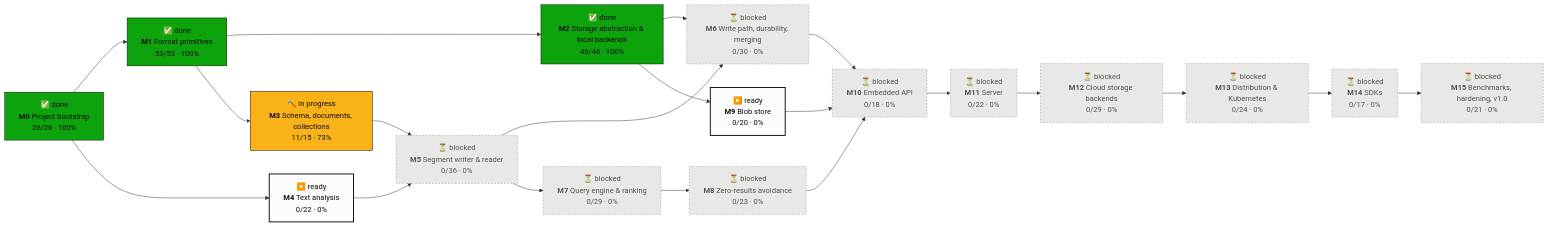
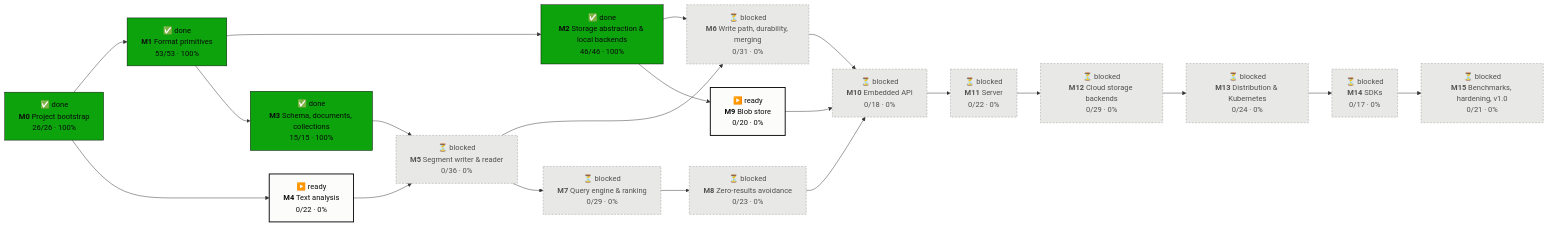
One commit to tomiok/persiaDB changed the first of 2 diagrams in PROGRESS.md. Above: the diagram before and after it, drawn with Mermaid. The commit also changed other lines of this file and 24 other files, not shown here.

First line of the commit message:
Manifest model: encoding, hash, commit diffs, golden fixtures and fuzzing (ROADMAP 3.3.1–3.3.4) (#14)

````diff
--- a/PROGRESS.md
+++ b/PROGRESS.md
@@ -14,42 +14,42 @@
 ```mermaid
 flowchart LR
   M0["✅ done<br/><b>M0</b> Project bootstrap<br/>26/26 · 100%"]:::done
   M1["✅ done<br/><b>M1</b> Format primitives<br/>53/53 · 100%"]:::done
   M2["✅ done<br/><b>M2</b> Storage abstraction & local backends<br/>46/46 · 100%"]:::done
-  M3["🔨 in progress<br/><b>M3</b> Schema, documents, collections<br/>11/15 · 73%"]:::doing
+  M3["✅ done<br/><b>M3</b> Schema, documents, collections<br/>15/15 · 100%"]:::done
   M4["▶️ ready<br/><b>M4</b> Text analysis<br/>0/22 · 0%"]:::ready
   M5["⏳ blocked<br/><b>M5</b> Segment writer & reader<br/>0/36 · 0%"]:::blocked
-  M6["⏳ blocked<br/><b>M6</b> Write path, durability, merging<br/>0/30 · 0%"]:::blocked
+  M6["⏳ blocked<br/><b>M6</b> Write path, durability, merging<br/>0/31 · 0%"]:::blocked
   M7["⏳ blocked<br/><b>M7</b> Query engine & ranking<br/>0/29 · 0%"]:::blocked
   M8["⏳ blocked<br/><b>M8</b> Zero-results avoidance<br/>0/23 · 0%"]:::blocked
   M9["▶️ ready<br/><b>M9</b> Blob store<br/>0/20 · 0%"]:::ready
   M10["⏳ blocked<br/><b>M10</b> Embedded API<br/>0/18 · 0%"]:::blocked
   M11["⏳ blocked<br/><b>M11</b> Server<br/>0/22 · 0%"]:::blocked
   M12["⏳ blocked<br/><b>M12</b> Cloud storage backends<br/>0/29 · 0%"]:::blocked
   M13["⏳ blocked<br/><b>M13</b> Distribution & Kubernetes<br/>0/24 · 0%"]:::blocked
   M14["⏳ blocked<br/><b>M14</b> SDKs<br/>0/17 · 0%"]:::blocked
   M15["⏳ blocked<br/><b>M15</b> Benchmarks, hardening, v1.0<br/>0/21 · 0%"]:::blocked
   M0 --> M1
   M1 --> M2
   M1 --> M3
   M0 --> M4
   M3 --> M5
   M4 --> M5
   M2 --> M6
   M5 --> M6
   M5 --> M7
   M7 --> M8
   M2 --> M9
   M6 --> M10
   M8 --> M10
   M9 --> M10
   M10 --> M11
   M11 --> M12
   M12 --> M13
   M13 --> M14
   M14 --> M15
   classDef done fill:#0ca30c,stroke:#0b0b0b,color:#0b0b0b
   classDef doing fill:#fab219,stroke:#0b0b0b,color:#0b0b0b
   classDef ready fill:#fcfcfb,stroke:#0b0b0b,stroke-width:2px,color:#0b0b0b
   classDef blocked fill:#e8e8e6,stroke:#9a9a96,stroke-dasharray:4 3,color:#52514e
 ```
````
